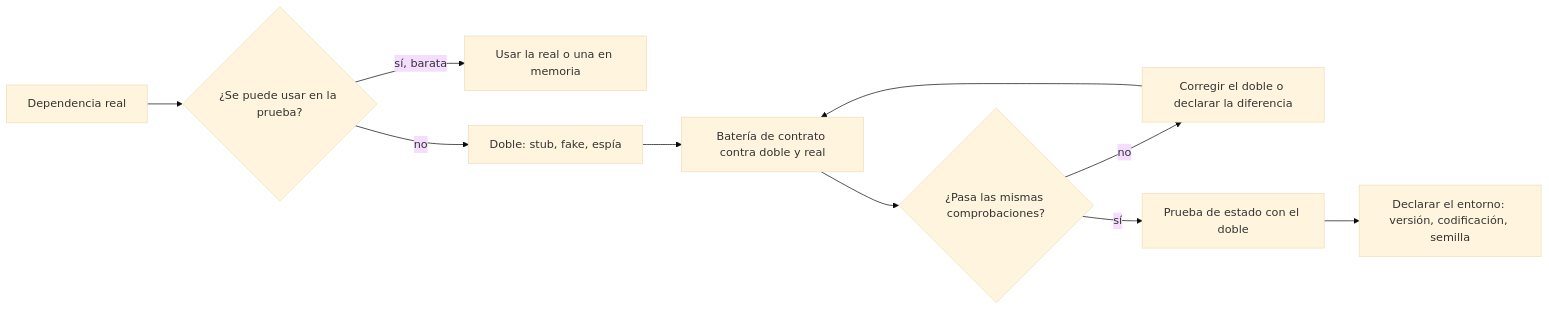
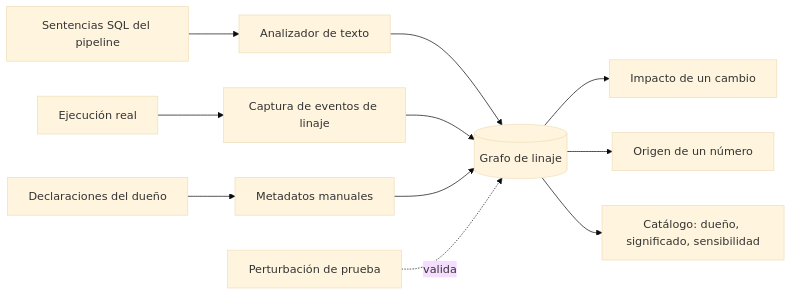
Before and after one commit to vladimiracunadev-create/modern-software-engineering-program: the diagram in content/part-30/SE-367.md, drawn with Mermaid (base theme). The commit also changed other lines of this file and 5193 other files, not shown here.

````diff
--- a/content/part-30/SE-367.md
+++ b/content/part-30/SE-367.md
@@ -57,12 +56,13 @@
 ```mermaid
 flowchart LR
-    A[Dependencia real] --> B{¿Se puede usar en la prueba?}
-    B -->|sí, barata| C[Usar la real o una en memoria]
-    B -->|no| D[Doble: stub, fake, espía]
-    D --> E[Batería de contrato contra doble y real]
-    E --> F{¿Pasa las mismas comprobaciones?}
-    F -->|no| G[Corregir el doble o declarar la diferencia]
-    F -->|sí| H[Prueba de estado con el doble]
-    H --> I[Declarar el entorno: versión, codificación, semilla]
-    G --> E
+    A[Sentencias SQL del pipeline] --> B[Analizador de texto]
+    C[Ejecución real] --> D[Captura de eventos de linaje]
+    E[Declaraciones del dueño] --> F[Metadatos manuales]
+    B --> G[(Grafo de linaje)]
+    D --> G
+    F --> G
+    G --> H[Impacto de un cambio]
+    G --> I[Origen de un número]
+    G --> J[Catálogo: dueño, significado, sensibilidad]
+    K[Perturbación de prueba] -.valida.-> G
 ```
````
